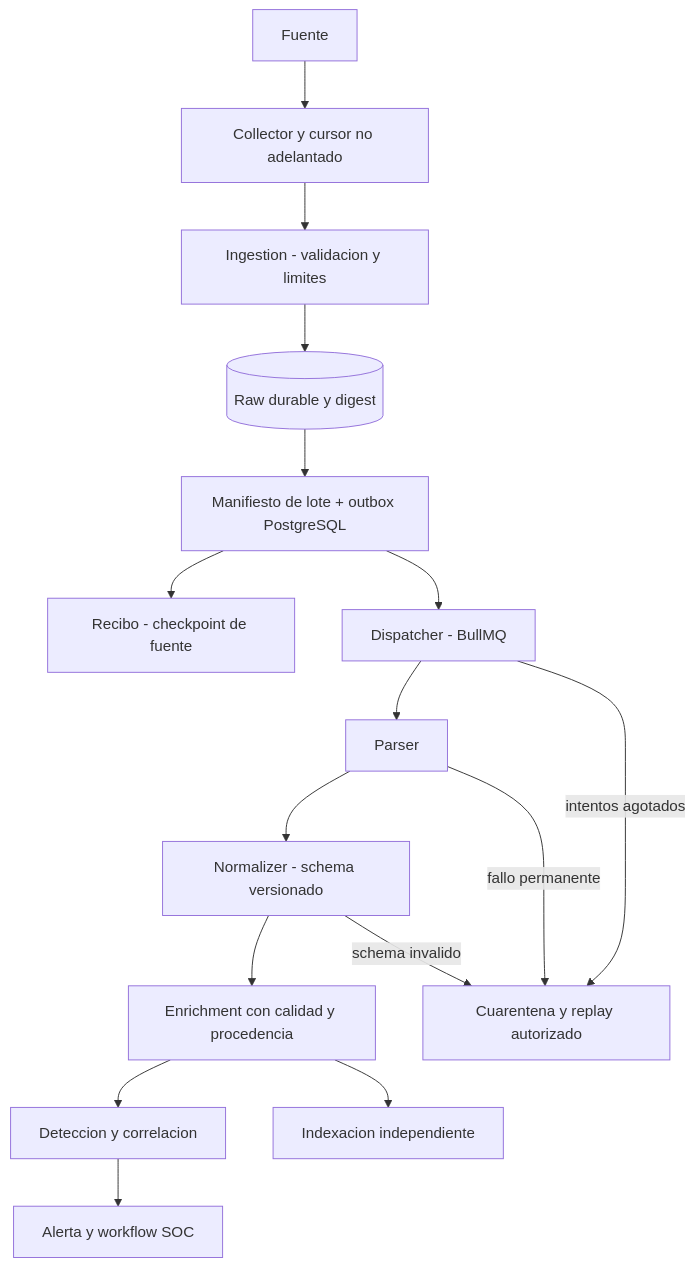
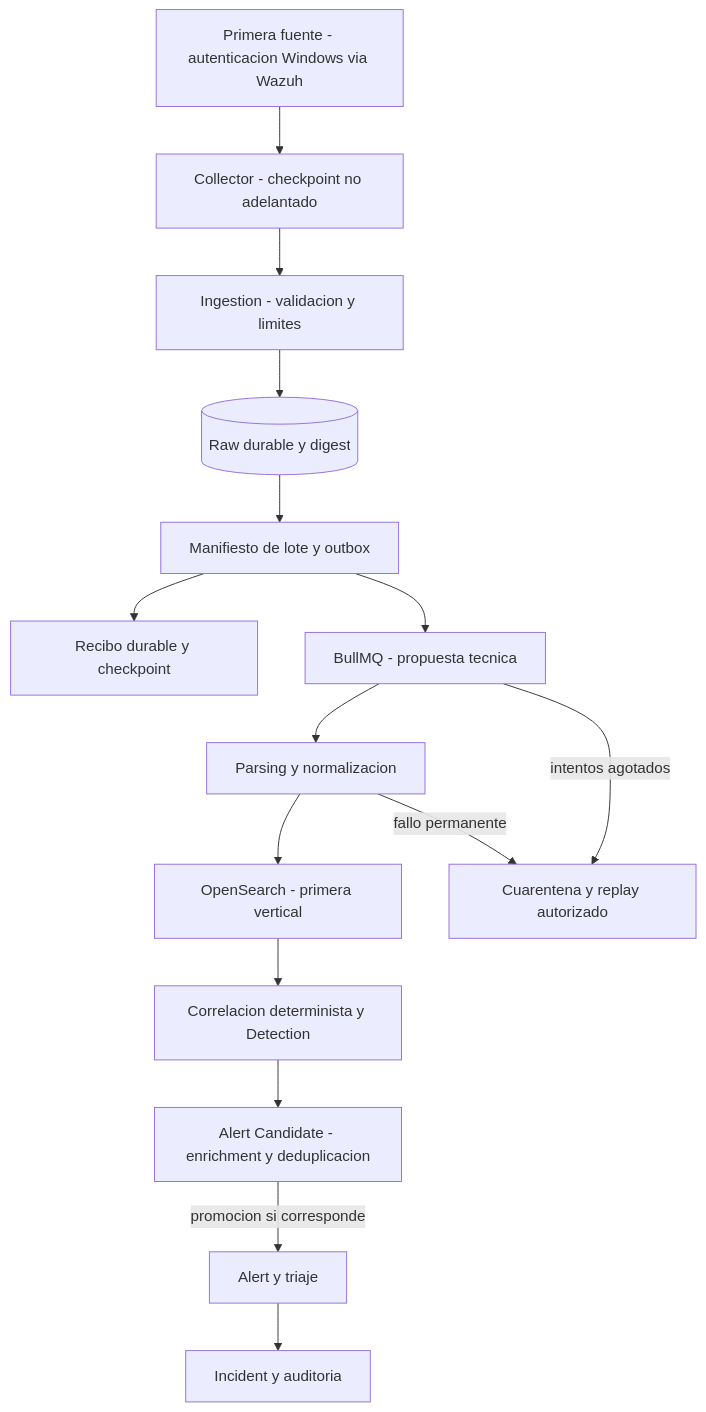
Before and after one commit to CyberStill-GmbH/qapaq-secops: the diagram in docs/diagrams/04-ingestion.mmd, drawn with Mermaid. The commit also changed 16 other files, not shown here.

```diff
--- a/docs/diagrams/04-ingestion.mmd
+++ b/docs/diagrams/04-ingestion.mmd
@@ -1,23 +1,21 @@
 flowchart TB
-    SOURCE["Fuente"]
-    COL["Collector y cursor no adelantado"]
+    SOURCE["Primera fuente - autenticacion Windows via Wazuh"]
+    COL["Collector - checkpoint no adelantado"]
     ING["Ingestion - validacion y limites"]
     RAW[("Raw durable y digest")]
-    MAN["Manifiesto de lote + outbox PostgreSQL"]
-    ACK["Recibo - checkpoint de fuente"]
-    QUEUE["Dispatcher - BullMQ"]
-    PARSE["Parser"]
-    NORM["Normalizer - schema versionado"]
-    ENR["Enrichment con calidad y procedencia"]
-    ANA["Deteccion y correlacion"]
-    IDX["Indexacion independiente"]
-    SOC["Alerta y workflow SOC"]
+    MAN["Manifiesto de lote y outbox"]
+    ACK["Recibo durable y checkpoint"]
+    QUEUE["BullMQ - propuesta tecnica"]
+    NORM["Parsing y normalizacion"]
+    IDX["OpenSearch - primera vertical"]
+    ANA["Correlacion determinista y Detection"]
+    CAND["Alert Candidate - enrichment y deduplicacion"]
+    ALERT["Alert y triaje"]
+    SOC["Incident y auditoria"]
     BAD["Cuarentena y replay autorizado"]
     SOURCE --> COL --> ING --> RAW --> MAN
     MAN --> ACK
-    MAN --> QUEUE --> PARSE --> NORM --> ENR
-    ENR --> ANA --> SOC
-    ENR --> IDX
-    PARSE -->|fallo permanente| BAD
-    NORM -->|schema invalido| BAD
+    MAN --> QUEUE --> NORM --> IDX --> ANA --> CAND
+    CAND -->|promocion si corresponde| ALERT --> SOC
+    NORM -->|fallo permanente| BAD
     QUEUE -->|intentos agotados| BAD
```
